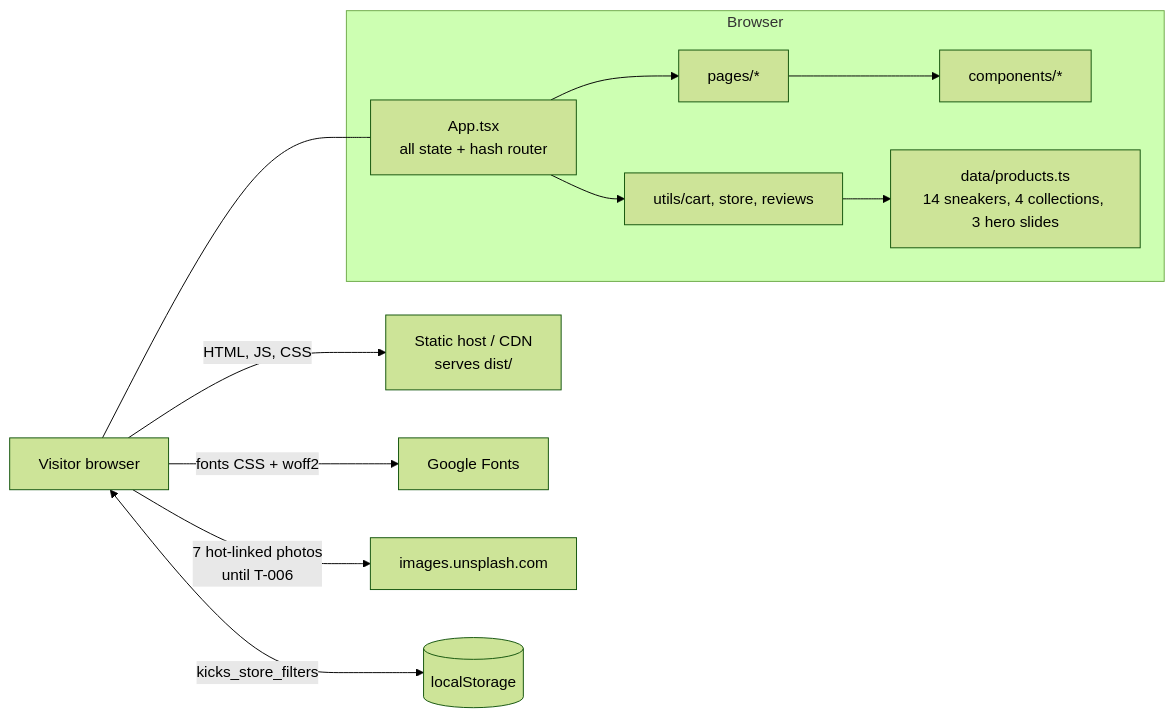
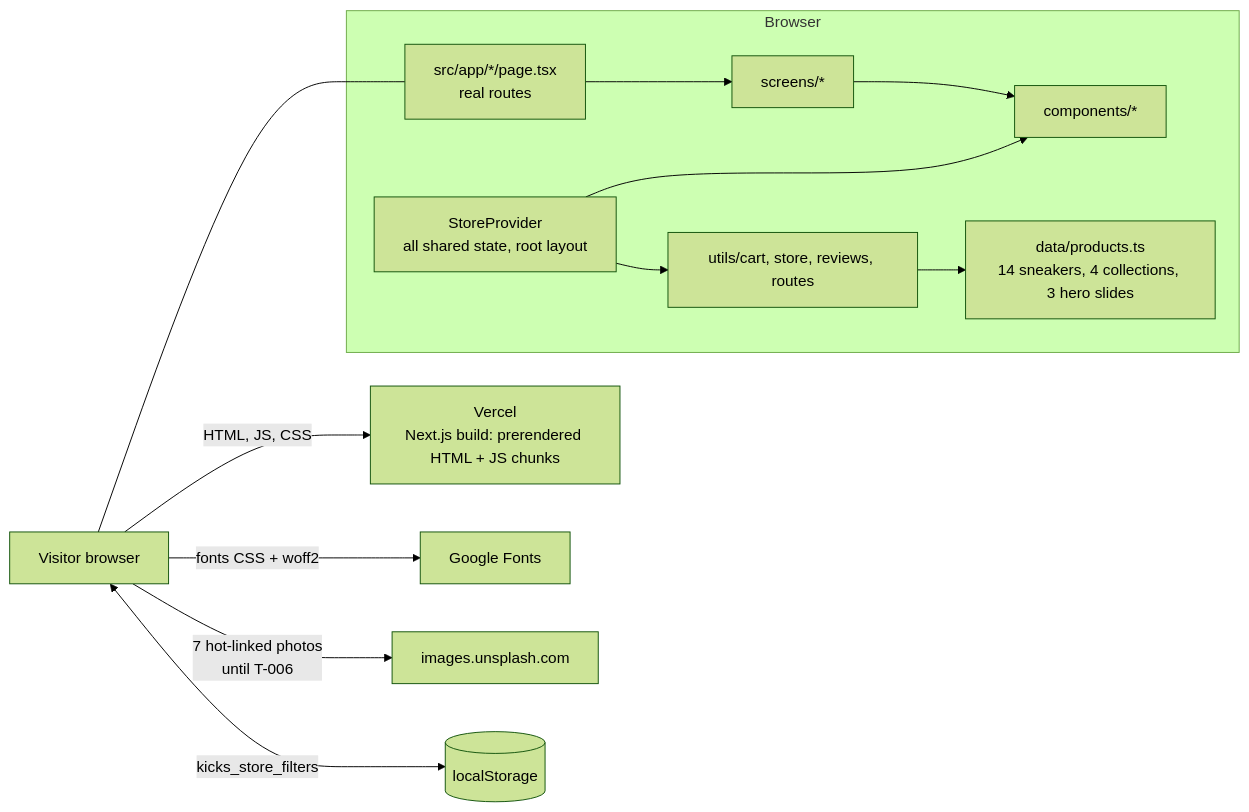
The diagram in docs/ARCHITECTURE.md (sounmirza883/KIcks-shoes), drawn with Mermaid (forest theme) before and after one commit. The commit also changed other lines of this file and 15 other files, not shown here.

````diff
--- a/docs/ARCHITECTURE.md
+++ b/docs/ARCHITECTURE.md
@@ -7,13 +7,14 @@
 ```mermaid
 flowchart LR
-  V[Visitor browser] -->|HTML, JS, CSS| H[Static host / CDN<br/>serves dist/]
+  V[Visitor browser] -->|HTML, JS, CSS| H[Vercel<br/>Next.js build: prerendered HTML + JS chunks]
   V -->|fonts CSS + woff2| GF[Google Fonts]
   V -->|7 hot-linked photos<br/>until T-006| US[images.unsplash.com]
   V <-->|kicks_store_filters| LS[(localStorage)]
   subgraph Browser
-    APP[App.tsx<br/>all state + hash router] --> PG[pages/*] --> CMP[components/*]
-    APP --> UT[utils/cart, store, reviews]
+    RT[src/app/*/page.tsx<br/>real routes] --> PG[screens/*] --> CMP[components/*]
+    SP[StoreProvider<br/>all shared state, root layout] --> CMP
+    SP --> UT[utils/cart, store, reviews, routes]
     UT --> DATA[data/products.ts<br/>14 sneakers, 4 collections, 3 hero slides]
   end
-  V --- APP
+  V --- RT
 ```
````
